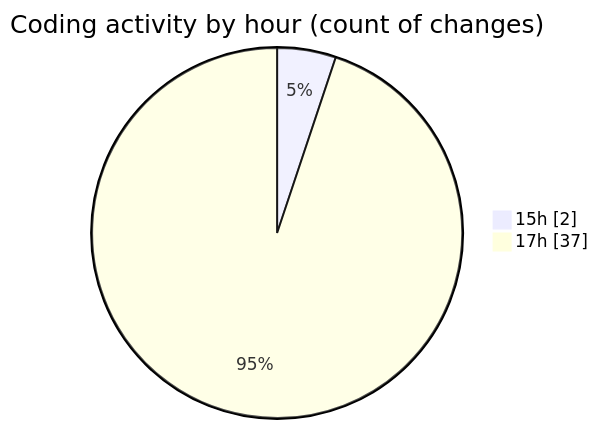
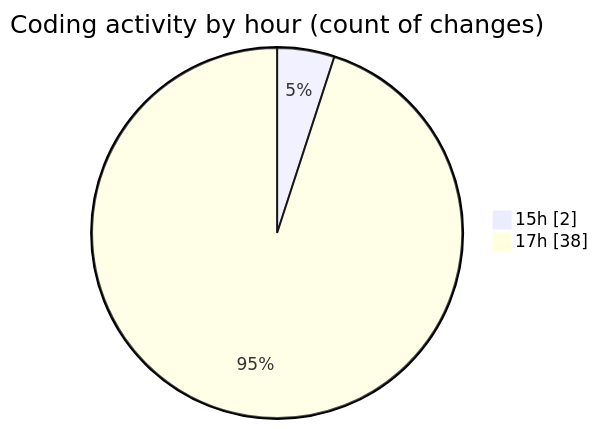
Before and after one commit to momahboobian/code-tracking: the second of 2 diagrams in 2025-05-06/samplepdf/README.md, drawn with Mermaid. The commit also changed other lines of this file and 1 other file, not shown here.

````diff
--- a/2025-05-06/samplepdf/README.md
+++ b/2025-05-06/samplepdf/README.md
@@ -39,6 +39,6 @@
 ```mermaid
 pie showData
 title Coding activity by hour (count of changes)
 "15h" : 2
-"17h" : 37
+"17h" : 38
 ```
````
